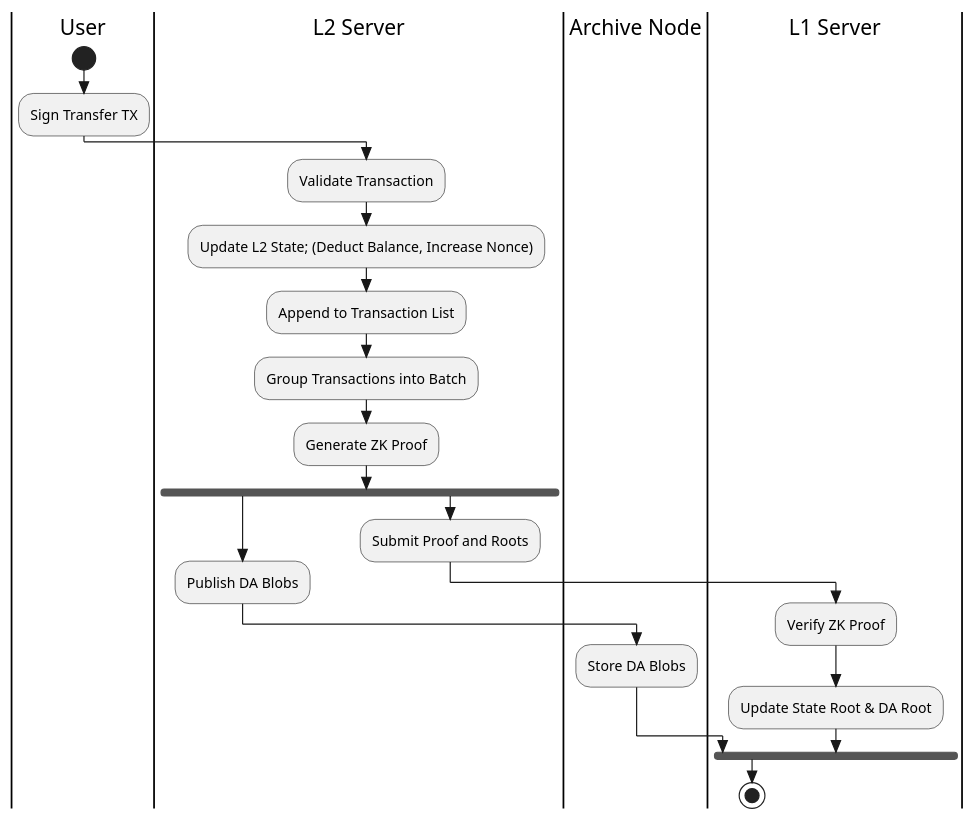
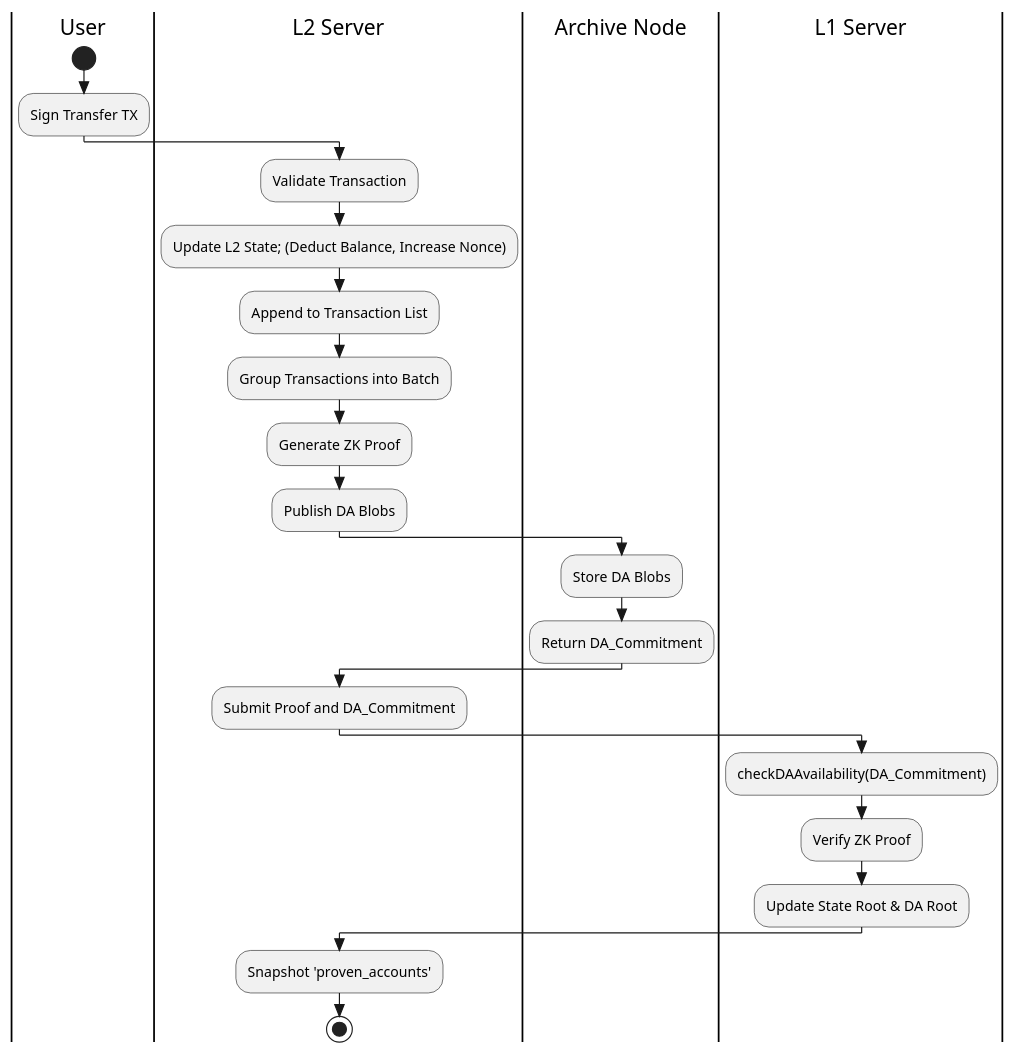
Before and after one commit to Mtdung290504/ZK-rollup-simulation: the diagram in .des/v1/activity/transfer.wsd, drawn with PlantUML. The commit also changed 16 other files, not shown here.

```diff
--- a/.des/v1/activity/transfer.wsd
+++ b/.des/v1/activity/transfer.wsd
@@ -1,31 +1,32 @@
 @startuml "Transfer Flow (L2 -> L2)"
 skinparam style strictuml
 
 |User|
 start
 :Sign Transfer TX;
 
 |L2 Server|
 :Validate Transaction;
 :Update L2 State; (Deduct Balance, Increase Nonce);
 :Append to Transaction List;
 
 |L2 Server|
 :Group Transactions into Batch;
 :Generate ZK Proof;
 
-fork
-  |L2 Server|
-  :Publish DA Blobs;
-  |Archive Node|
-  :Store DA Blobs;
-fork again
-  |L2 Server|
-  :Submit Proof and Roots;
-  |L1 Server|
-  :Verify ZK Proof;
-  :Update State Root & DA Root;
-end fork
+|L2 Server|
+:Publish DA Blobs;
+|Archive Node|
+:Store DA Blobs;
+:Return DA_Commitment;
+|L2 Server|
+:Submit Proof and DA_Commitment;
+|L1 Server|
+:checkDAAvailability(DA_Commitment);
+:Verify ZK Proof;
+:Update State Root & DA Root;
+|L2 Server|
+:Snapshot 'proven_accounts';
 
 stop
 @enduml
```
